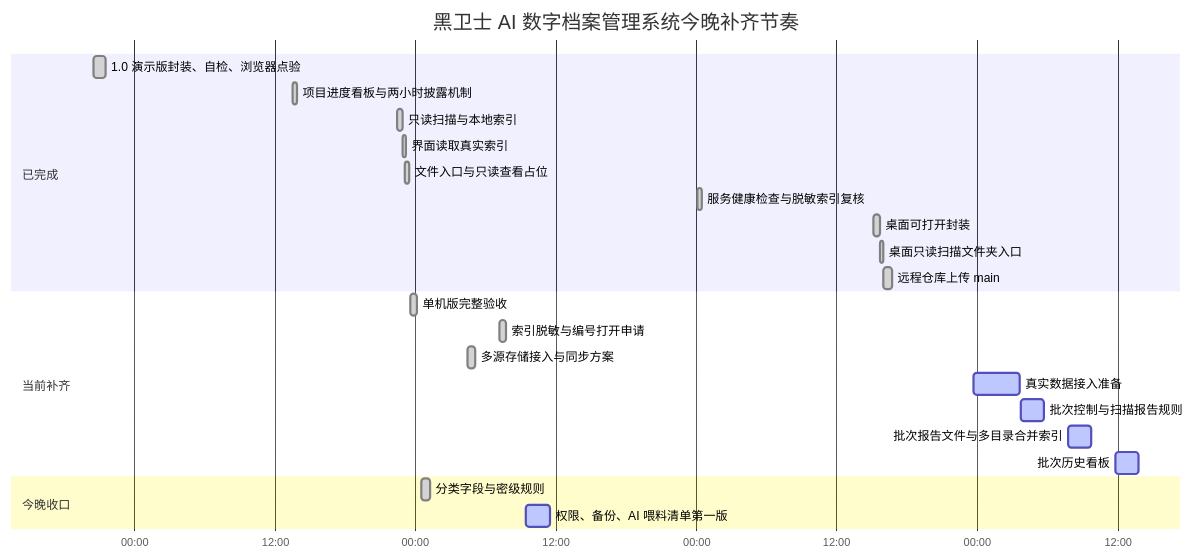
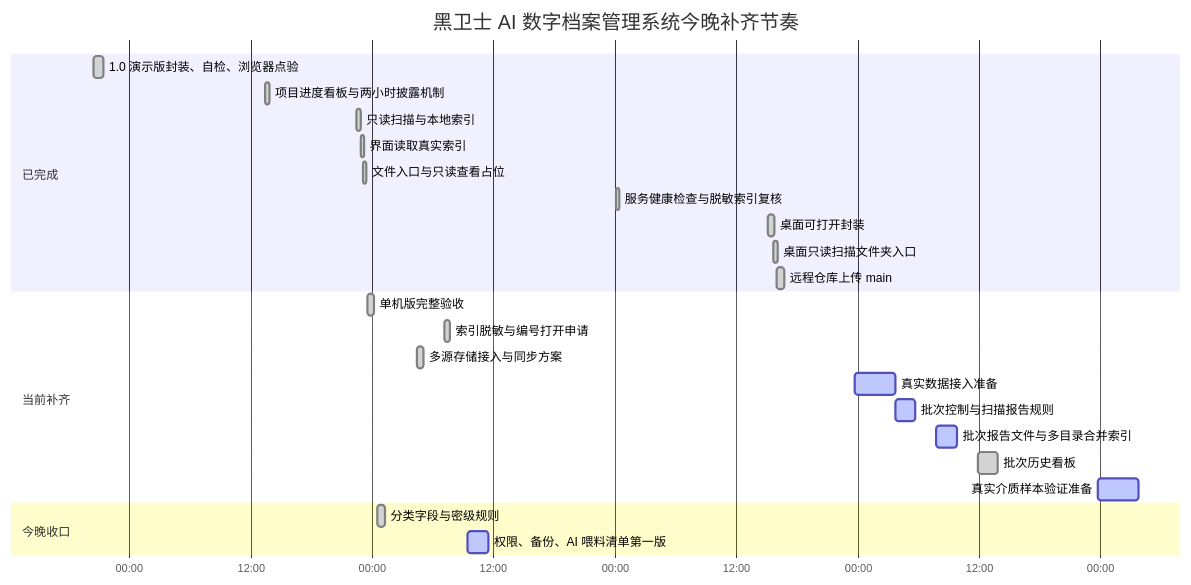
Before and after one commit to okalexhohongkong/Alex-Code-Repository: the diagram in 项目进度看板.md, drawn with Mermaid. The commit also changed other lines of this file and 1 other file, not shown here.

````diff
--- a/项目进度看板.md
+++ b/项目进度看板.md
@@ -9,30 +9,31 @@
 ```mermaid
 gantt
   title 黑卫士 AI 数字档案管理系统今晚补齐节奏
   dateFormat  YYYY-MM-DD HH:mm
   axisFormat  %H:%M
 
   section 已完成
   1.0 演示版封装、自检、浏览器点验        :done, demo-1, 2026-06-21 20:30, 1h
   项目进度看板与两小时披露机制             :done, demo-2, 2026-06-22 13:30, 25m
   只读扫描与本地索引                      :done, local-2, 2026-06-22 22:30, 25m
   界面读取真实索引                        :done, local-3, 2026-06-22 22:55, 20m
   文件入口与只读查看占位                   :done, local-4, 2026-06-22 23:05, 25m
   服务健康检查与脱敏索引复核                :done, local-health, 2026-06-24 00:10, 20m
   桌面可打开封装                           :done, desktop-1, 2026-06-24 15:10, 35m
   桌面只读扫描文件夹入口                    :done, desktop-2, 2026-06-24 15:43, 20m
   远程仓库上传 main                         :done, remote-1, 2026-06-24 16:00, 45m
 
   section 当前补齐
   单机版完整验收                          :done, local-5, 2026-06-22 23:35, 35m
   索引脱敏与编号打开申请                   :done, local-6, 2026-06-23 07:10, 35m
   多源存储接入与同步方案                   :done, storage-1, 2026-06-23 04:30, 35m
   真实数据接入准备                         :active, intake-1, 2026-06-24 23:42, 4h
   批次控制与扫描报告规则                   :active, intake-2, 2026-06-25 03:44, 2h
   批次报告文件与多目录合并索引              :active, intake-3, 2026-06-25 07:47, 2h
-  批次历史看板                            :active, intake-4, 2026-06-25 11:50, 2h
+  批次历史看板                            :done, intake-4, 2026-06-25 11:50, 2h
+  真实介质样本验证准备                    :active, intake-5, 2026-06-25 23:45, 4h
 
   section 今晚收口
   分类字段与密级规则                       :done, class-1, 2026-06-23 00:30, 45m
   权限、备份、AI 喂料清单第一版             :active, class-2, 2026-06-23 09:30, 2h
 ```
````
